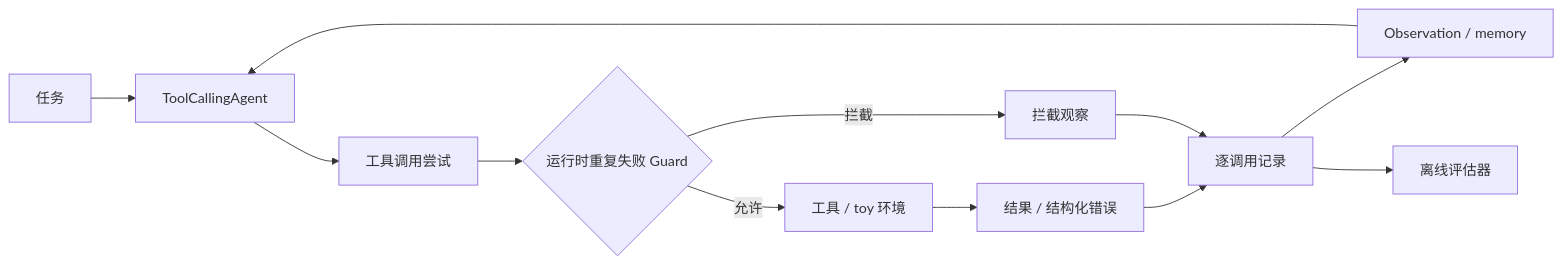
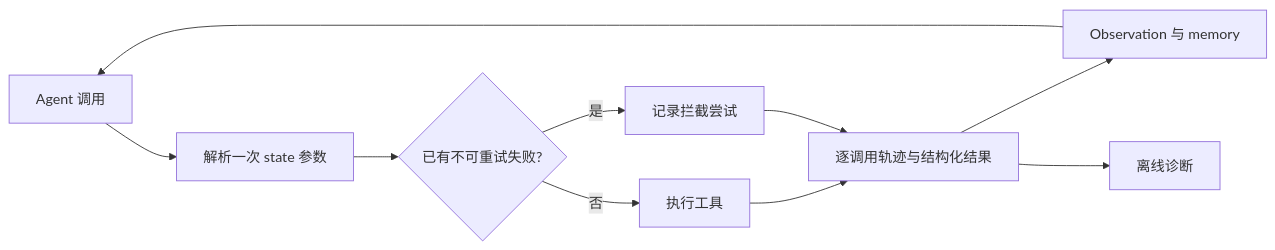
Before and after one commit to Kk111777/ReliableToolAgent: the diagram in README.zh-CN.md, drawn with Mermaid. The commit also changed other lines of this file and 16 other files, not shown here.

````diff
--- a/README.zh-CN.md
+++ b/README.zh-CN.md
@@ -66,14 +47,12 @@
 ```mermaid
 flowchart LR
-    T[任务] --> A[ToolCallingAgent]
-    A --> C[工具调用尝试]
-    C --> G{运行时重复失败 Guard}
-    G -->|允许| E[工具 / toy 环境]
-    G -->|拦截| B[拦截观察]
-    E --> F[结果 / 结构化错误]
-    F --> L[逐调用记录]
+    A[Agent 调用] --> R[解析一次 state 参数]
+    R --> G{已有不可重试失败?}
+    G -->|否| E[执行工具]
+    G -->|是| B[记录拦截尝试]
+    E --> L[逐调用轨迹与结构化结果]
     B --> L
-    L --> O[Observation / memory]
-    O --> A
-    L --> V[离线评估器]
+    L --> M[Observation 与 memory]
+    M --> A
+    L --> D[离线诊断]
 ```
````
